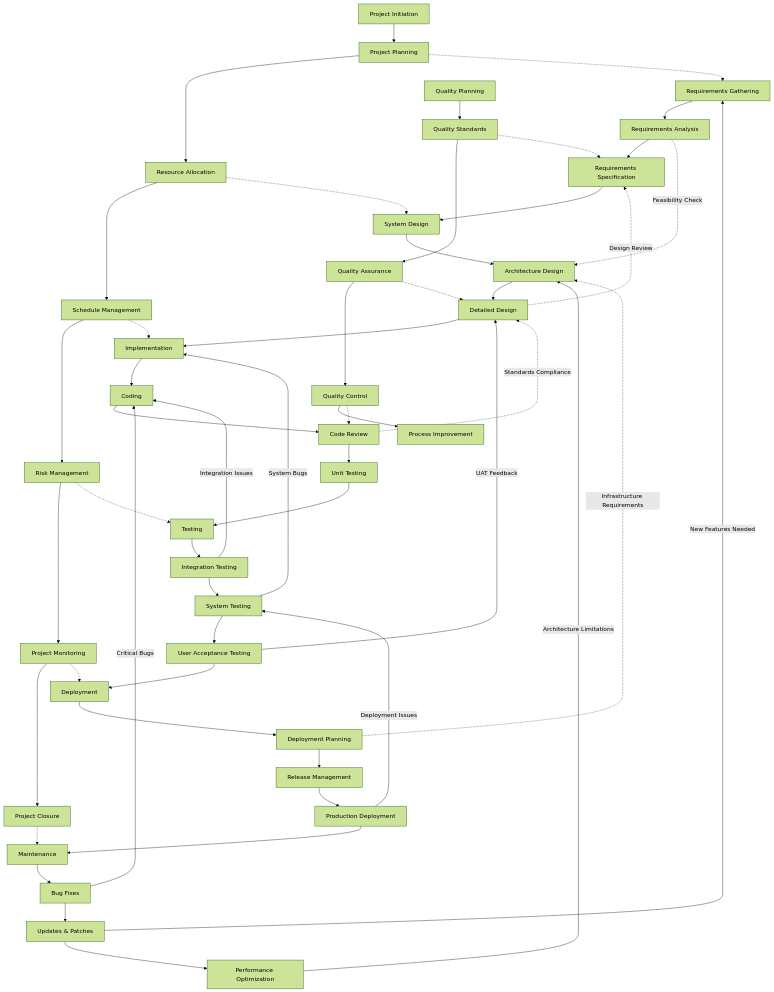
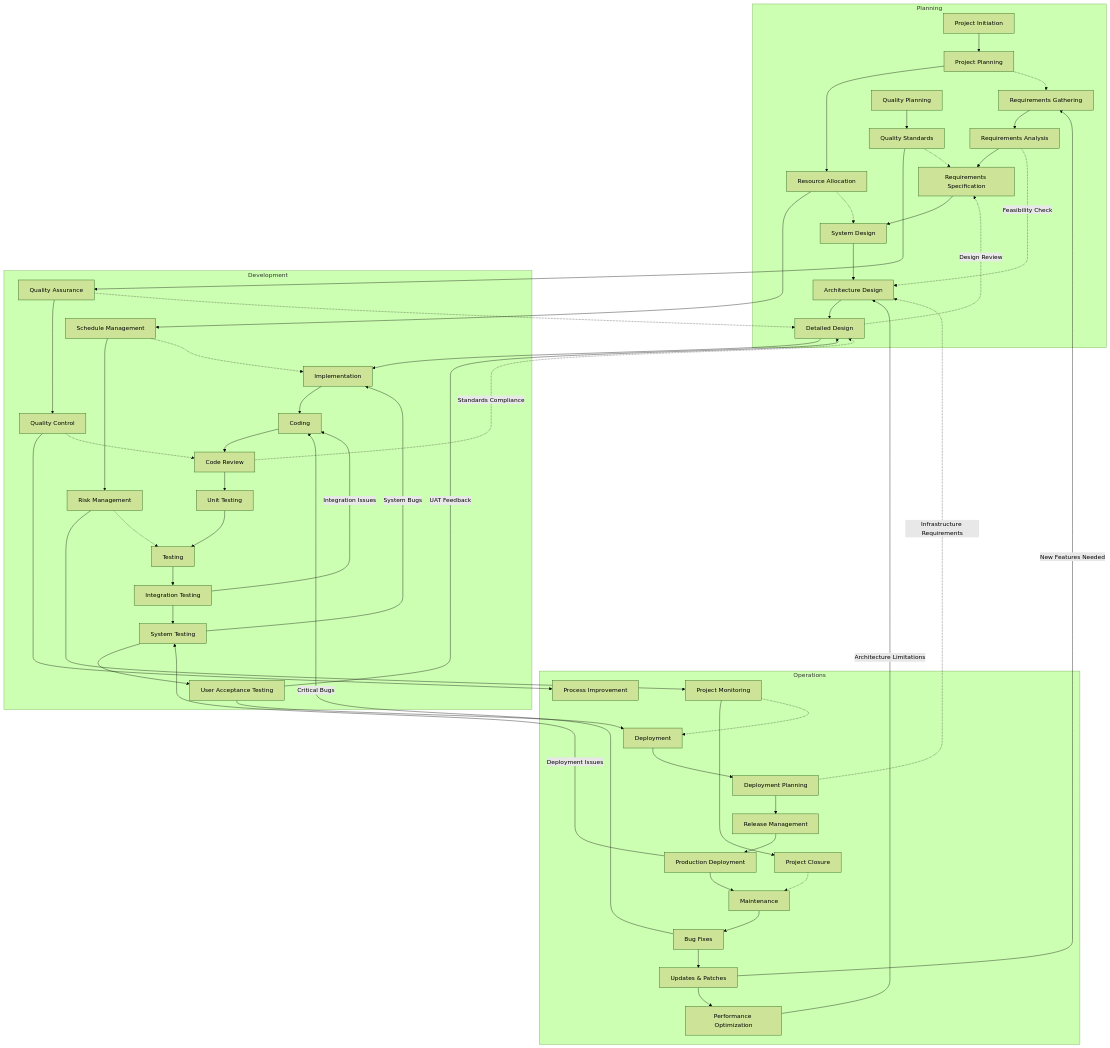
Before and after one commit to isauravmanitripathi/Animate-Mermaid-Chart: the diagram in temp-charts/flowchart_sequence/image_52.mmd, drawn with Mermaid (forest theme). The commit also changed 58 other files, not shown here.

Commit message:
added proper working diagrams

```diff
--- a/temp-charts/flowchart_sequence/image_52.mmd
+++ b/temp-charts/flowchart_sequence/image_52.mmd
@@ -1,52 +1,95 @@
 flowchart TD
-A[Requirements Gathering] --> A1[Requirements Analysis]
-A1 --> A2[Requirements Specification]
-A2 --> B[System Design]
-B --> B1[Architecture Design]
-B1 --> B2[Detailed Design]
-B2 --> C[Implementation]
-C --> C1[Coding]
-C1 --> C2[Code Review]
-C2 --> C3[Unit Testing]
-C3 --> D[Testing]
-D --> D1[Integration Testing]
-D1 --> D2[System Testing]
-D2 --> D3[User Acceptance Testing]
-D3 --> E[Deployment]
-E --> E1[Deployment Planning]
-E1 --> E2[Release Management]
-E2 --> E3[Production Deployment]
-E3 --> F[Maintenance]
-F --> F1[Bug Fixes]
-F1 --> F2[Updates & Patches]
-F2 --> F3[Performance Optimization]
-D1 -->|Integration Issues| C1
-D2 -->|System Bugs| C
-D3 -->|UAT Feedback| B2
-E3 -->|Deployment Issues| D2
-F1 -->|Critical Bugs| C1
-F2 -->|New Features Needed| A
-F3 -->|Architecture Limitations| B1
-A1 -.->|Feasibility Check| B1
-B2 -.->|Design Review| A2
-C2 -.->|Standards Compliance| B2
-E1 -.->|Infrastructure Requirements| B1
-PM[Project Initiation] --> PM1[Project Planning]
-PM1 --> PM2[Resource Allocation]
-PM2 --> PM3[Schedule Management]
-PM3 --> PM4[Risk Management]
-PM4 --> PM5[Project Monitoring]
-PM5 --> PM6[Project Closure]
-PM1 -.-> A
-PM2 -.-> B
-PM3 -.-> C
-PM4 -.-> D
-PM5 -.-> E
-PM6 -.-> F
-QA[Quality Planning] --> QA1[Quality Standards]
-QA1 --> QA2[Quality Assurance]
-QA2 --> QA3[Quality Control]
-QA3 --> QA4[Process Improvement]
-QA1 -.-> A2
-QA2 -.-> B2
-QA3 -.-> C2
+    A[Requirements Gathering] --> A1[Requirements Analysis]
+    A1 --> A2[Requirements Specification]
+    A2 --> B[System Design]
+    B --> B1[Architecture Design]
+    B1 --> B2[Detailed Design]
+    B2 --> C[Implementation]
+    C --> C1[Coding]
+    C1 --> C2[Code Review]
+    C2 --> C3[Unit Testing]
+    C3 --> D[Testing]
+    D --> D1[Integration Testing]
+    D1 --> D2[System Testing]
+    D2 --> D3[User Acceptance Testing]
+    D3 --> E[Deployment]
+    E --> E1[Deployment Planning]
+    E1 --> E2[Release Management]
+    E2 --> E3[Production Deployment]
+    E3 --> F[Maintenance]
+    F --> F1[Bug Fixes]
+    F1 --> F2[Updates & Patches]
+    F2 --> F3[Performance Optimization]
+    D1 -->|Integration Issues| C1
+    D2 -->|System Bugs| C
+    D3 -->|UAT Feedback| B2
+    E3 -->|Deployment Issues| D2
+    F1 -->|Critical Bugs| C1
+    F2 -->|New Features Needed| A
+    F3 -->|Architecture Limitations| B1
+    A1 -.->|Feasibility Check| B1
+    B2 -.->|Design Review| A2
+    C2 -.->|Standards Compliance| B2
+    E1 -.->|Infrastructure Requirements| B1
+    PM[Project Initiation] --> PM1[Project Planning]
+    PM1 --> PM2[Resource Allocation]
+    PM2 --> PM3[Schedule Management]
+    PM3 --> PM4[Risk Management]
+    PM4 --> PM5[Project Monitoring]
+    PM5 --> PM6[Project Closure]
+    PM1 -.-> A
+    PM2 -.-> B
+    PM3 -.-> C
+    PM4 -.-> D
+    PM5 -.-> E
+    PM6 -.-> F
+    QA[Quality Planning] --> QA1[Quality Standards]
+    QA1 --> QA2[Quality Assurance]
+    QA2 --> QA3[Quality Control]
+    QA3 --> QA4[Process Improvement]
+    QA1 -.-> A2
+    QA2 -.-> B2
+    QA3 -.-> C2
+
+subgraph Planning
+A
+A1
+A2
+B
+B1
+B2
+PM
+PM1
+PM2
+QA
+QA1
+end
+
+subgraph Development
+C
+C1
+C2
+C3
+D
+D1
+D2
+D3
+PM3
+PM4
+QA2
+QA3
+end
+
+subgraph Operations
+E
+E1
+E2
+E3
+F
+F1
+F2
+F3
+PM5
+PM6
+QA4
+end
```
